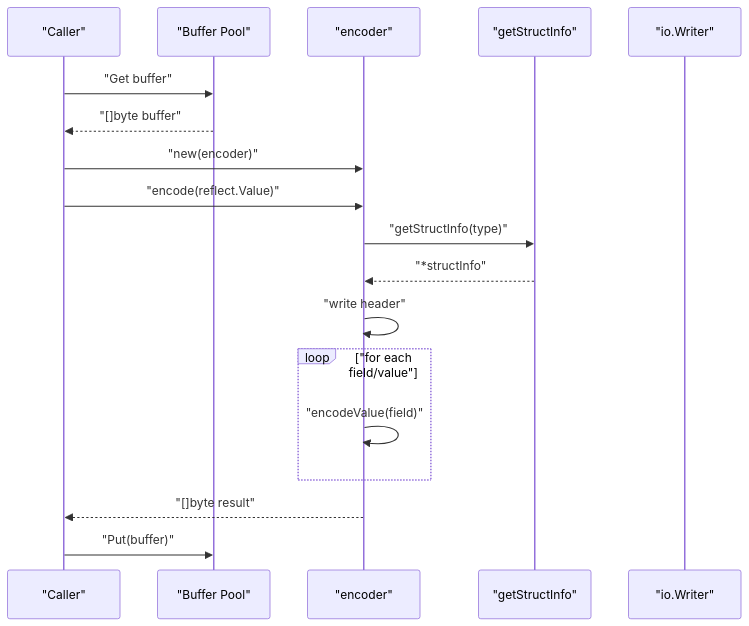
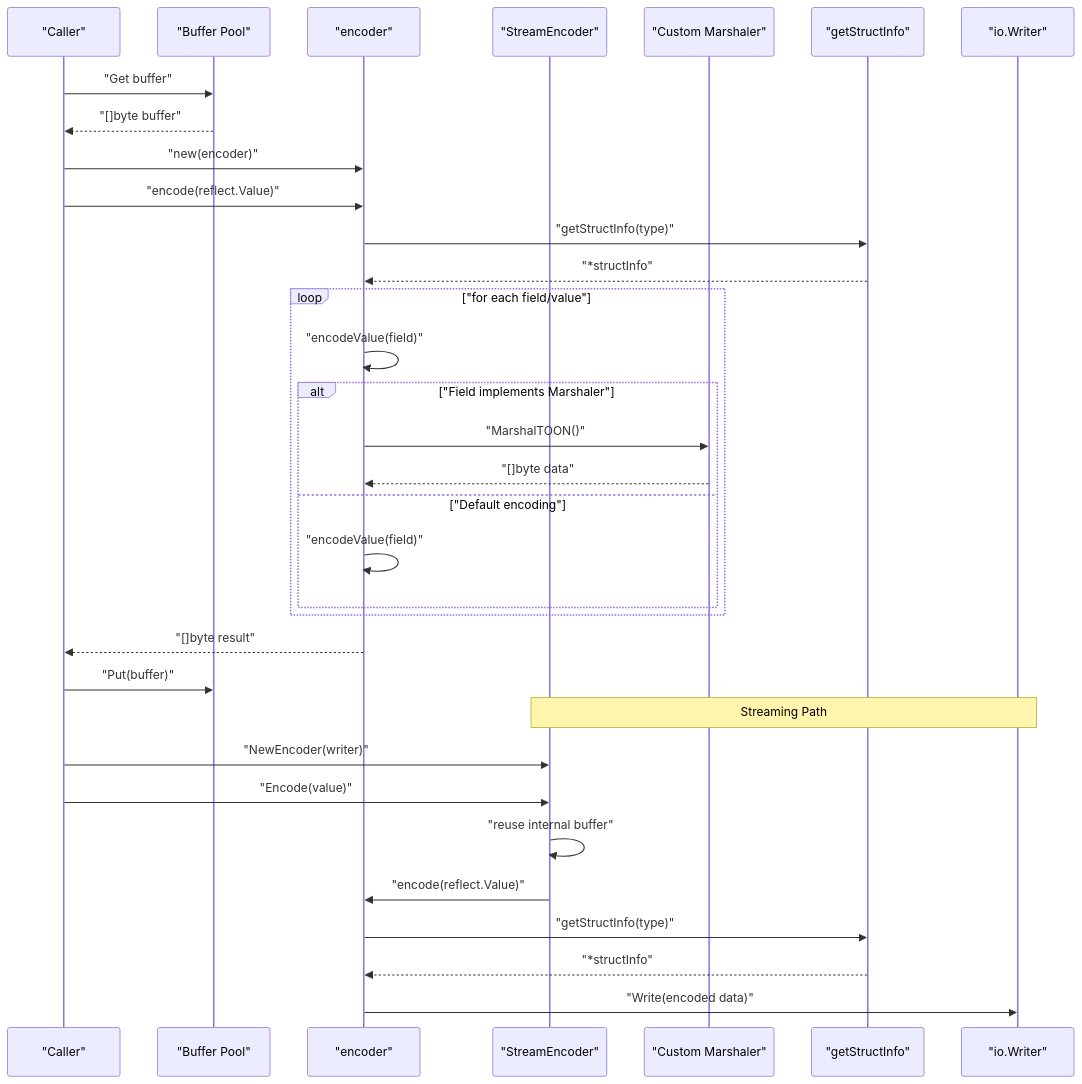
The second of 4 diagrams in .qoder/repowiki/en/content/API Reference/Core Encoding API.md (OTumanov/go-toon), drawn with Mermaid before and after one commit. The commit also changed other lines of this file and 11 other files, not shown here.

First line of the commit message:
feat: add Pre-flight Schema + Token Calculator to toongen

````diff
--- a/.qoder/repowiki/en/content/API Reference/Core Encoding API.md
+++ b/.qoder/repowiki/en/content/API Reference/Core Encoding API.md
@@ -126,20 +169,35 @@
 ```mermaid
 sequenceDiagram
 participant Caller as "Caller"
 participant Pool as "Buffer Pool"
 participant Encoder as "encoder"
+participant StreamEnc as "StreamEncoder"
+participant Custom as "Custom Marshaler"
 participant Cache as "getStructInfo"
 participant Writer as "io.Writer"
 Caller->>Pool : "Get buffer"
 Pool-->>Caller : "[]byte buffer"
 Caller->>Encoder : "new(encoder)"
 Caller->>Encoder : "encode(reflect.Value)"
 Encoder->>Cache : "getStructInfo(type)"
 Cache-->>Encoder : "*structInfo"
-Encoder->>Encoder : "write header"
 loop "for each field/value"
 Encoder->>Encoder : "encodeValue(field)"
+alt "Field implements Marshaler"
+Encoder->>Custom : "MarshalTOON()"
+Custom-->>Encoder : "[]byte data"
+else "Default encoding"
+Encoder->>Encoder : "encodeValue(field)"
+end
 end
 Encoder-->>Caller : "[]byte result"
 Caller->>Pool : "Put(buffer)"
+Note over StreamEnc,Writer : Streaming Path
+Caller->>StreamEnc : "NewEncoder(writer)"
+Caller->>StreamEnc : "Encode(value)"
+StreamEnc->>StreamEnc : "reuse internal buffer"
+StreamEnc->>Encoder : "encode(reflect.Value)"
+Encoder->>Cache : "getStructInfo(type)"
+Cache-->>Encoder : "*structInfo"
+Encoder->>Writer : "Write(encoded data)"
 ```
````
